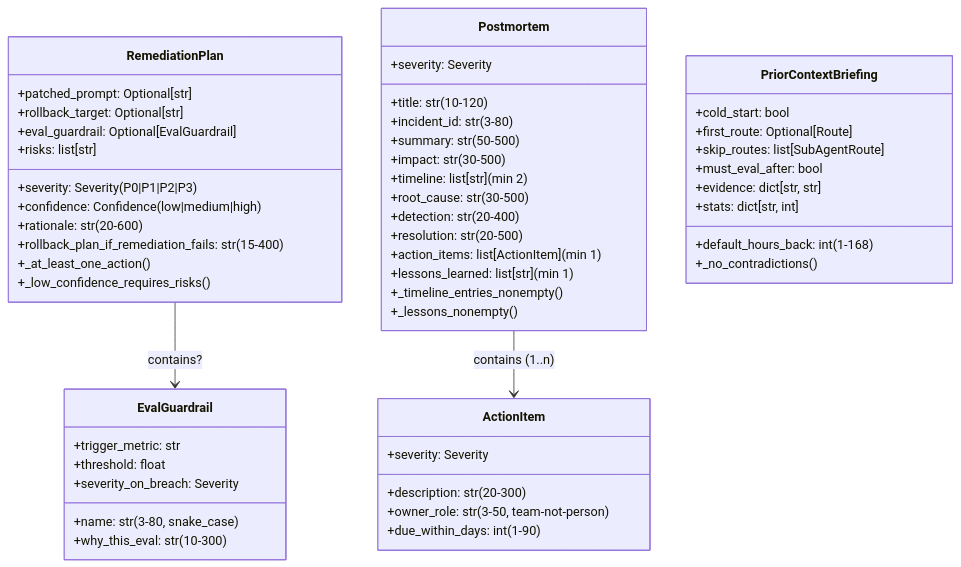
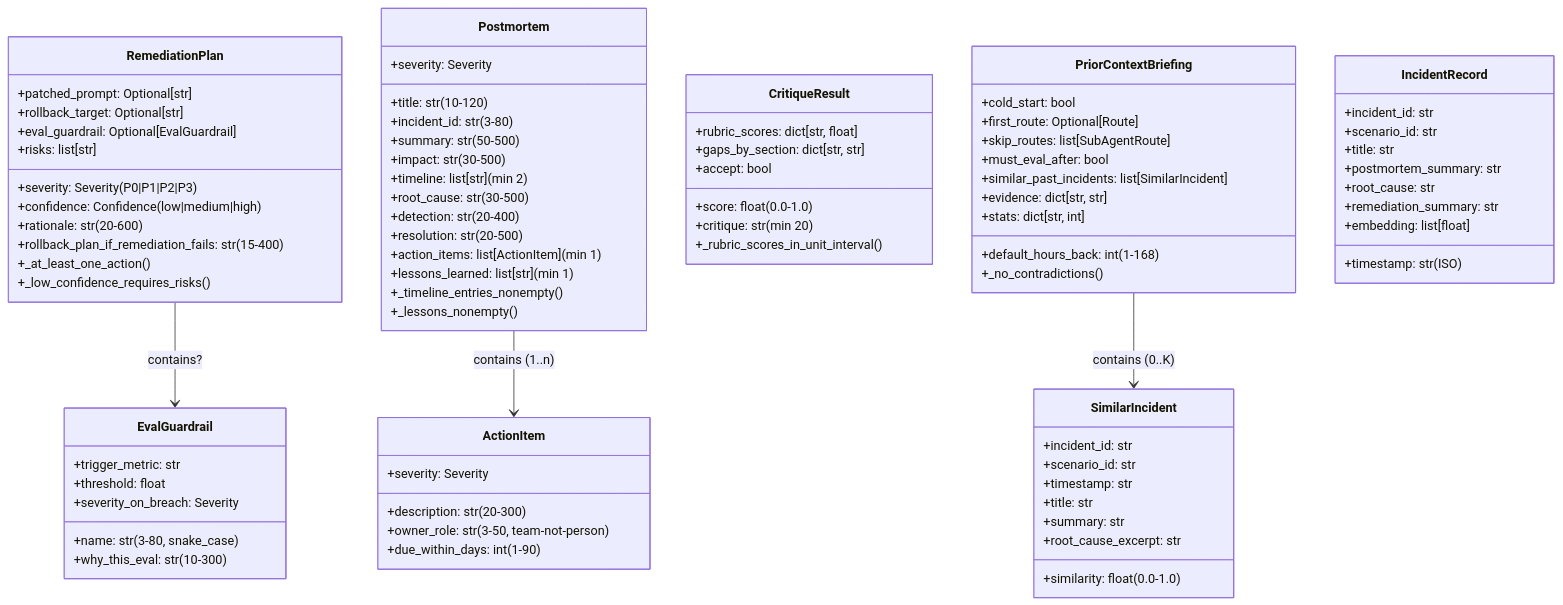
The fourth of 4 diagrams in docs/architecture.md (malakazlan/sentinel-agent), drawn with Mermaid before and after one commit. The commit also changed other lines of this file, not shown here.

Commit message:
docs(architecture): refresh diagrams + component map for Phase 7 (8 sub-agents, memory, multi-MCP, critic loop, 221 tests)

````diff
--- a/docs/architecture.md
+++ b/docs/architecture.md
@@ -247,17 +329,49 @@
         +due_within_days: int (1-90)
     }
 
+    class CritiqueResult {
+        +score: float (0.0-1.0)
+        +rubric_scores: dict[str, float]
+        +critique: str (min 20)
+        +gaps_by_section: dict[str, str]
+        +accept: bool
+        +_rubric_scores_in_unit_interval()
+    }
+
     class PriorContextBriefing {
         +cold_start: bool
         +first_route: Optional[Route]
         +skip_routes: list[SubAgentRoute]
         +must_eval_after: bool
         +default_hours_back: int (1-168)
+        +similar_past_incidents: list[SimilarIncident]
         +evidence: dict[str, str]
         +stats: dict[str, int]
         +_no_contradictions()
     }
 
+    class IncidentRecord {
+        +incident_id: str
+        +scenario_id: str
+        +timestamp: str (ISO)
+        +title: str
+        +postmortem_summary: str
+        +root_cause: str
+        +remediation_summary: str
+        +embedding: list[float]
+    }
+
+    class SimilarIncident {
+        +incident_id: str
+        +scenario_id: str
+        +timestamp: str
+        +title: str
+        +summary: str
+        +root_cause_excerpt: str
+        +similarity: float (0.0-1.0)
+    }
+
     RemediationPlan --> EvalGuardrail : contains?
     Postmortem --> ActionItem : contains (1..n)
+    PriorContextBriefing --> SimilarIncident : contains (0..K)
 ```
````
